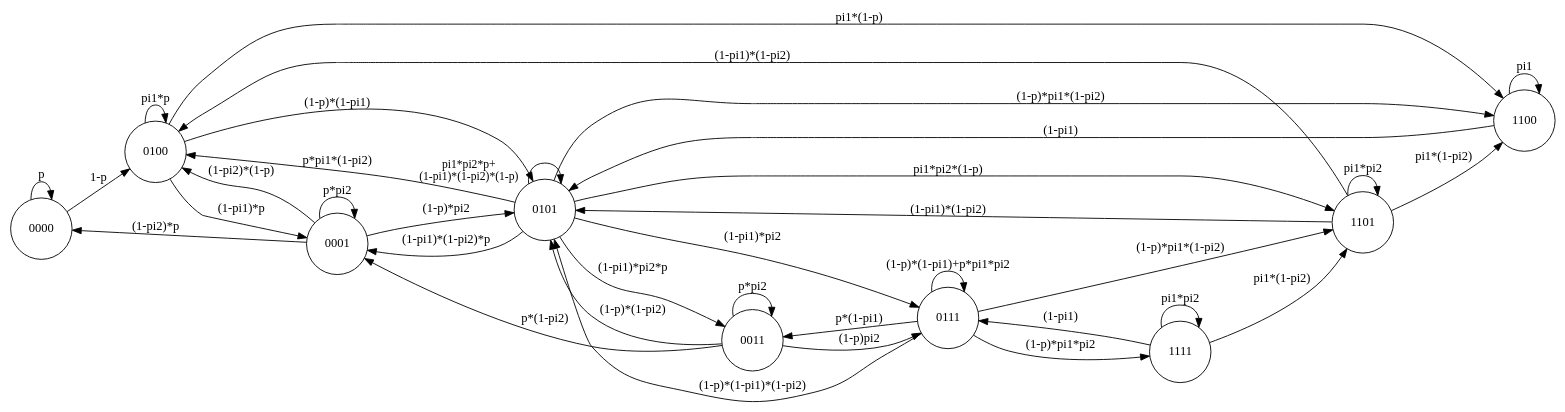
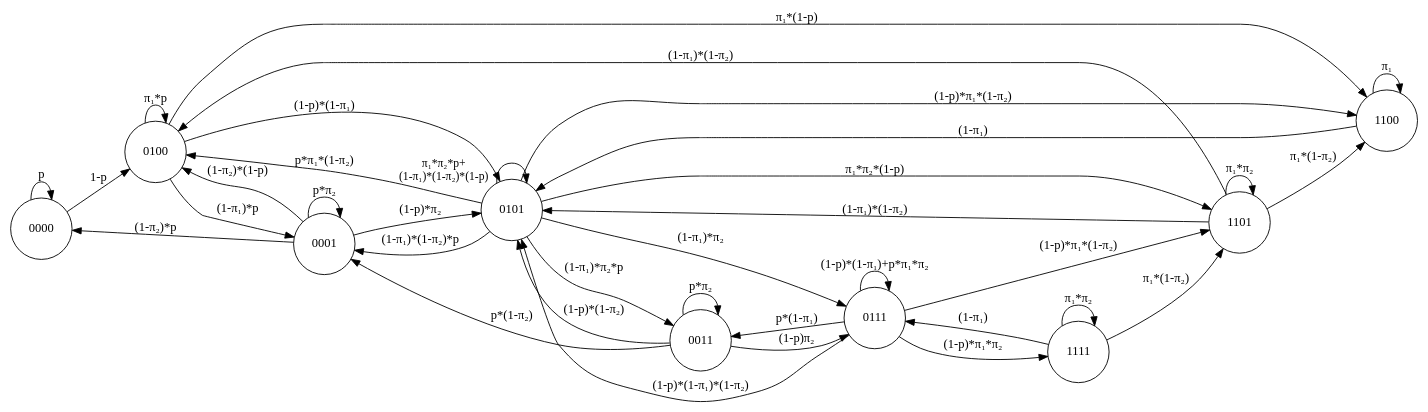
One commit to ishimko/discrete-queuing-system changed the diagram in doc/states.gv. Above: the diagram before and after it, drawn with Graphviz. The commit also changed 1 other file, not shown here.

```diff
--- a/doc/states.gv
+++ b/doc/states.gv
@@ -1,48 +1,62 @@
 digraph finite_state_machine {
-	rankdir=LR;
-	node [shape = circle];
-	
-	"0000" -> "0000" [label = "p"];
-	"0000" -> "0100" [label = "1-p"];
+    rankdir=LR;
+    node [shape = circle];
+    
+    "0000" -> "0000" [label = "p"];
+    "0000" -> "0100" [label = "1-p"];
 
-	"0001" -> "0001" [label = "p*pi2"];
-	"0001" -> "0000" [label = "(1-pi2)*p"];
-	"0001" -> "0101" [label = "(1-p)*pi2"];
-	"0001" -> "0100" [label = "(1-pi2)*(1-p)"];
 
-	"0011" -> "0101" [label = "(1-p)*(1-pi2)"];
-	"0011" -> "0001" [label = "p*(1-pi2)"];
-	"0011" -> "0111" [label = "(1-p)pi2"];
-	"0011" -> "0011" [label = "p*pi2"];
 
-	"0100" -> "0100" [label = "pi1*p"];
-	"0100" -> "1100" [label = "pi1*(1-p)"];
-	"0100" -> "0001" [label = "(1-pi1)*p"];
-	"0100" -> "0101" [label = "(1-p)*(1-pi1)"];
+    "0001" -> "0001" [label = "p*&pi;₂"];
+    "0001" -> "0000" [label = "(1-&pi;₂)*p"];
+    "0001" -> "0101" [label = "(1-p)*&pi;₂"];
+    "0001" -> "0100" [label = "(1-&pi;₂)*(1-p)"];
 
-	"0101" -> "0101" [xlabel = "pi1*pi2*p+\n(1-pi1)*(1-pi2)*(1-p)", fontsize=13];
-	"0101" -> "0100" [label = "p*pi1*(1-pi2)"];
-	"0101" -> "1101" [label = "pi1*pi2*(1-p)"];
-	"0101" -> "0001" [label = "(1-pi1)*(1-pi2)*p"];
-	"0101" -> "0011" [label = "(1-pi1)*pi2*p"];
-	"0101" -> "0111" [label = "(1-pi1)*pi2"];
-	"0101" -> "1100" [label = "(1-p)*pi1*(1-pi2)"];
 
-	"0111" -> "0111" [label = "(1-p)*(1-pi1)+p*pi1*pi2"];
-	"0111" -> "0101" [label = "(1-p)*(1-pi1)*(1-pi2)"];
-	"0111" -> "0011" [label = "p*(1-pi1)"];
-	"0111" -> "1111" [label = "(1-p)*pi1*pi2"];
-	"0111" -> "1101" [label = "(1-p)*pi1*(1-pi2)"];
 
-	"1100" -> "1100" [label = "pi1"];
-	"1100" -> "0101" [label = "(1-pi1)"];
+    "0011" -> "0101" [label = "(1-p)*(1-&pi;₂)"];
+    "0011" -> "0001" [label = "p*(1-&pi;₂)"];
+    "0011" -> "0111" [label = "(1-p)&pi;₂"];
+    "0011" -> "0011" [label = "p*&pi;₂"];
 
-	"1101" -> "1100" [label = "pi1*(1-pi2)"];
-	"1101" -> "1101" [label = "pi1*pi2"];
-	"1101" -> "0100" [label = "(1-pi1)*(1-pi2)"];	
-	"1101" -> "0101" [label = "(1-pi1)*(1-pi2)"];
-	
-	"1111" -> "1111" [label = "pi1*pi2"];
-	"1111" -> "1101" [label = "pi1*(1-pi2)"];
-	"1111" -> "0111" [label = "(1-pi1)"];
+
+
+    "0100" -> "0100" [label = "&pi;₁*p"];
+    "0100" -> "1100" [label = "&pi;₁*(1-p)"];
+    "0100" -> "0001" [label = "(1-&pi;₁)*p"];
+    "0100" -> "0101" [label = "(1-p)*(1-&pi;₁)"];
+
+
+
+    "0101" -> "0101" [xlabel = "&pi;₁*&pi;₂*p+\n(1-&pi;₁)*(1-&pi;₂)*(1-p)", fontsize=13];
+    "0101" -> "0100" [label = "p*&pi;₁*(1-&pi;₂)"];
+    "0101" -> "1101" [label = "&pi;₁*&pi;₂*(1-p)"];
+    "0101" -> "0001" [label = "(1-&pi;₁)*(1-&pi;₂)*p"];
+    "0101" -> "0011" [label = "(1-&pi;₁)*&pi;₂*p"];
+    "0101" -> "0111" [label = "(1-&pi;₁)*&pi;₂"];
+    "0101" -> "1100" [label = "(1-p)*&pi;₁*(1-&pi;₂)"];
+
+
+
+    "0111" -> "0111" [label = "(1-p)*(1-&pi;₁)+p*&pi;₁*&pi;₂"];
+    "0111" -> "0101" [label = "(1-p)*(1-&pi;₁)*(1-&pi;₂)"];
+    "0111" -> "0011" [label = "p*(1-&pi;₁)"];
+    "0111" -> "1111" [label = "(1-p)*&pi;₁*&pi;₂"];
+    "0111" -> "1101" [label = "(1-p)*&pi;₁*(1-&pi;₂)"];
+
+
+
+    "1100" -> "1100" [label = "&pi;₁"];
+    "1100" -> "0101" [label = "(1-&pi;₁)"];
+
+
+
+    "1101" -> "1100" [label = "&pi;₁*(1-&pi;₂)"];
+    "1101" -> "1101" [label = "&pi;₁*&pi;₂"];
+    "1101" -> "0100" [label = "(1-&pi;₁)*(1-&pi;₂)"];   
+    "1101" -> "0101" [label = "(1-&pi;₁)*(1-&pi;₂)"];
+    
+    "1111" -> "1111" [label = "&pi;₁*&pi;₂"];
+    "1111" -> "1101" [label = "&pi;₁*(1-&pi;₂)"];
+    "1111" -> "0111" [label = "(1-&pi;₁)"];
 }
```
